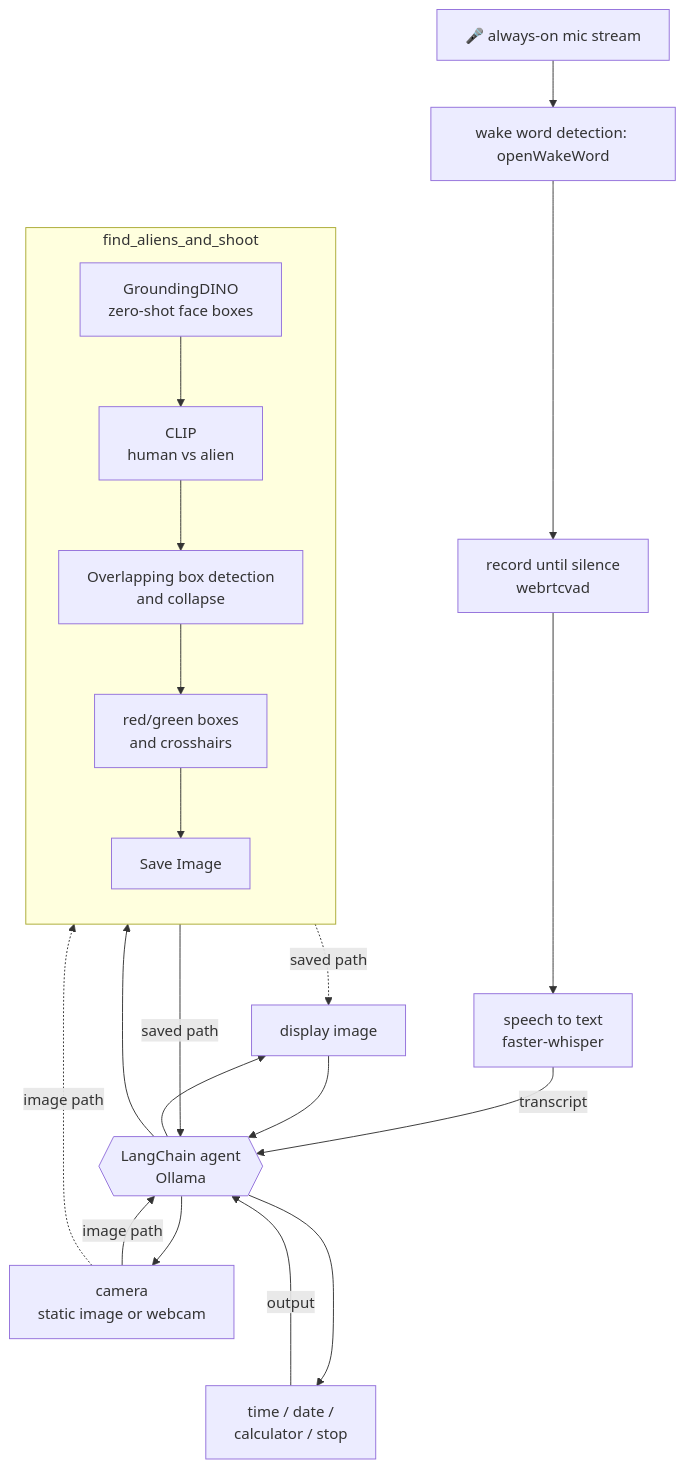
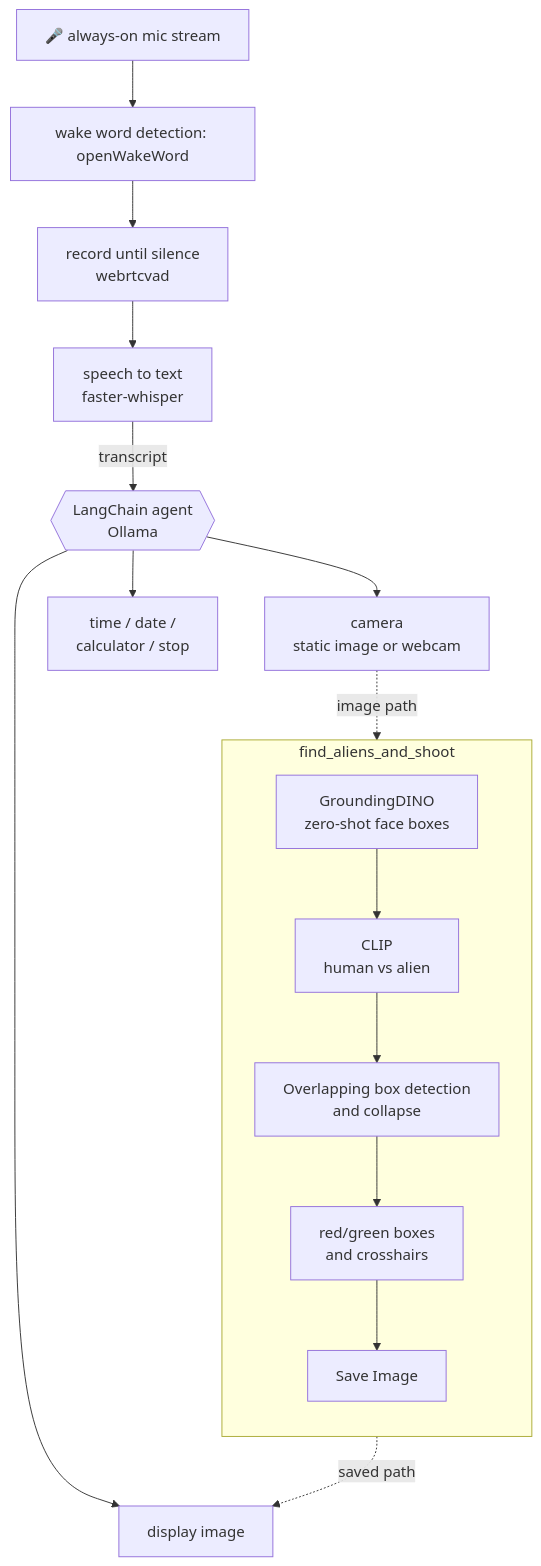
Before and after one commit to deekshant-w/AiGun-RickAndMorty: the diagram in README.md, drawn with Mermaid. The commit also changed 2 other files, not shown here.

Commit message:
Simplified main flowchart and added main flowchart inside src

````diff
--- a/README.md
+++ b/README.md
@@ -23,24 +23,23 @@
 ```mermaid
 flowchart TD
     mic["🎤 always-on mic stream"] --> wake["wake word detection: openWakeWord"]
     wake --> vad["record until silence \n webrtcvad"]
     vad --> stt["speech to text \n faster-whisper"]
     stt -->|transcript| agent{{"LangChain agent \n Ollama"}}
 
-    agent --> cam["camera \n static image or webcam"] --> |image path| agent
-    agent --> disp["display image"] --> agent
-    agent --> misc["time / date / \ncalculator / stop"] ---> |output| agent
+    agent --> cam["camera \n static image or webcam"]
+    agent --> disp["display image"]
+    agent --> misc["time / date / \ncalculator / stop"]
 
     cam -.->|image path| inner
 
     subgraph inner["find_aliens_and_shoot"]
         direction TB
         dino["GroundingDINO \n zero-shot face boxes"] --> clip["CLIP \n human vs alien"]
         clip --> merge["Overlapping box detection\nand collapse"]
         merge --> draw["red/green boxes  \n and crosshairs"]
         draw --> out["Save Image"]
     end
 
     out -.->|saved path| disp
-    agent --> inner --> |saved path| agent
 ```
````
